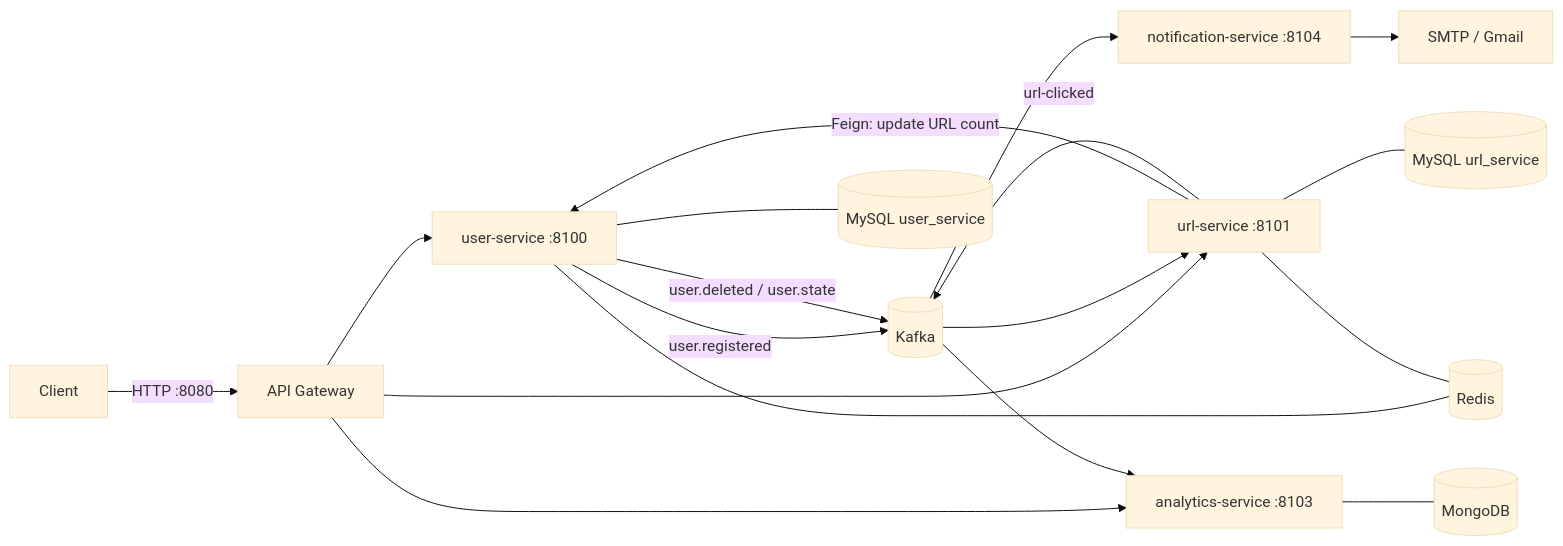
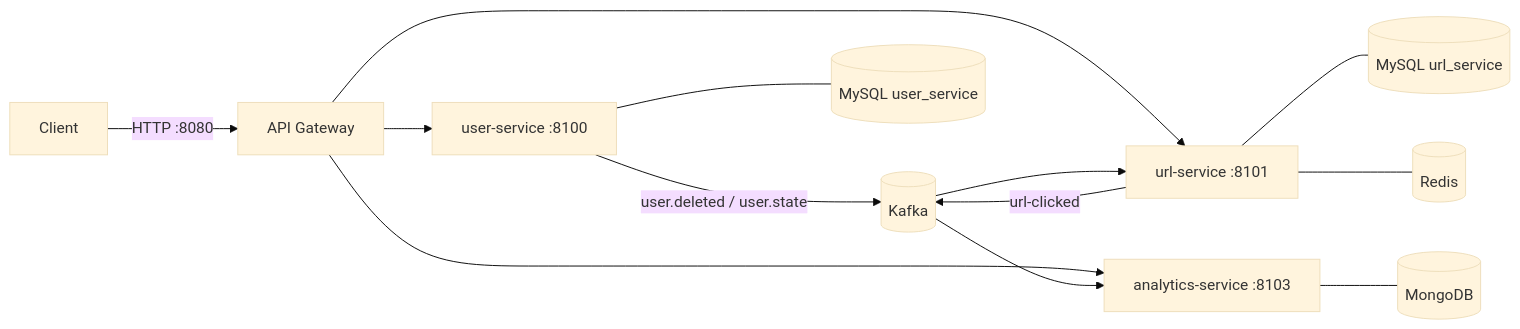
One commit to reonfernandes/scalable-url-shortener changed the diagram in README.md. Above: the diagram before and after it, drawn with Mermaid (base theme). The commit also changed other lines of this file and 50 other files, not shown here.

First line of the commit message:
Simplify sign-up: remove email verification, notification service and tiers (#11)

````diff
--- a/README.md
+++ b/README.md
@@ -38,23 +40,17 @@
 ```mermaid
 flowchart LR
     Client -->|HTTP :8080| Gateway[API Gateway]
     Gateway --> User[user-service :8100]
     Gateway --> Url[url-service :8101]
     Gateway --> Analytics[analytics-service :8103]
 
-    Url -->|Feign: update URL count| User
-
-    User -- user.registered --> Kafka[(Kafka)]
-    User -- user.deleted / user.state --> Kafka
+    User -- user.deleted / user.state --> Kafka[(Kafka)]
     Url -- url-clicked --> Kafka
-    Kafka --> Notification[notification-service :8104]
     Kafka --> Url
     Kafka --> Analytics
 
     User --- MySQL1[(MySQL user_service)]
-    User --- Redis[(Redis)]
     Url --- MySQL2[(MySQL url_service)]
-    Url --- Redis
+    Url --- Redis[(Redis)]
     Analytics --- Mongo[(MongoDB)]
-    Notification --> SMTP[SMTP / Gmail]
 ```
````
